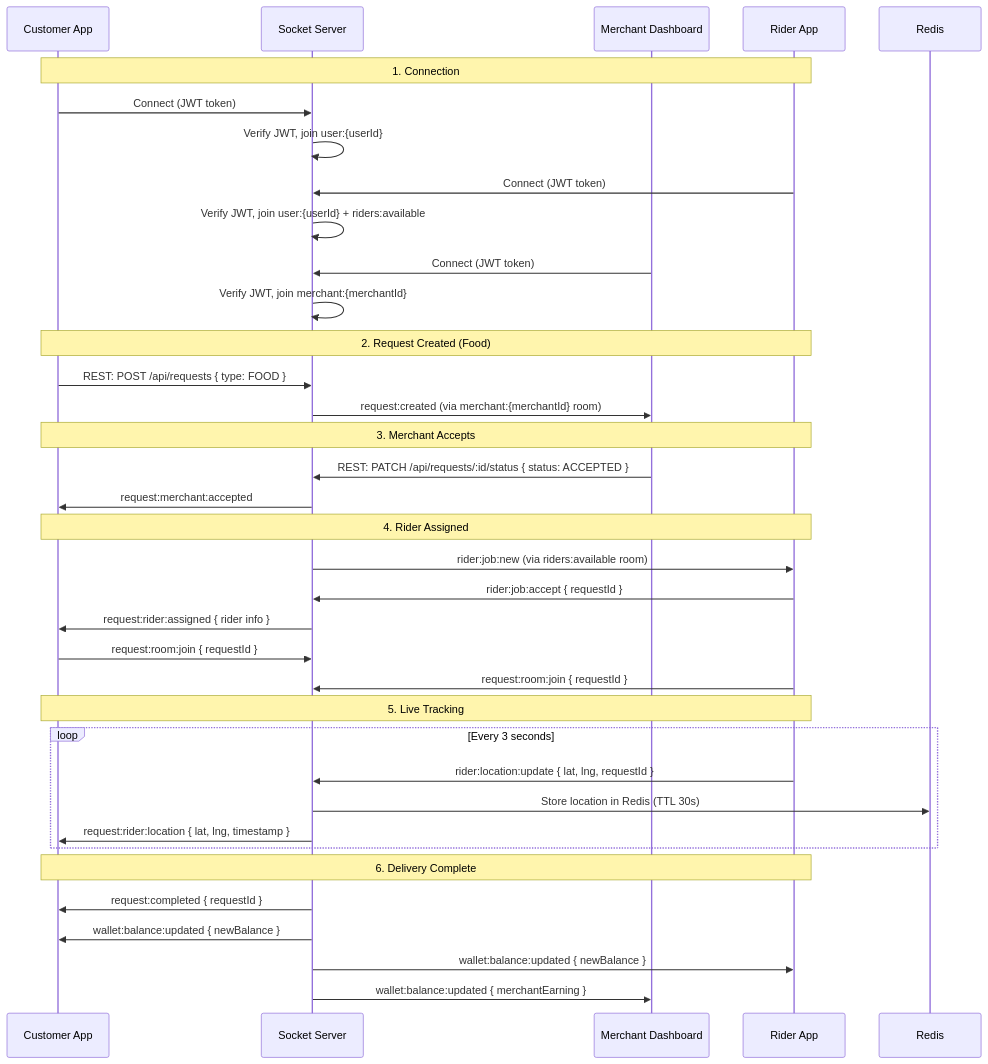
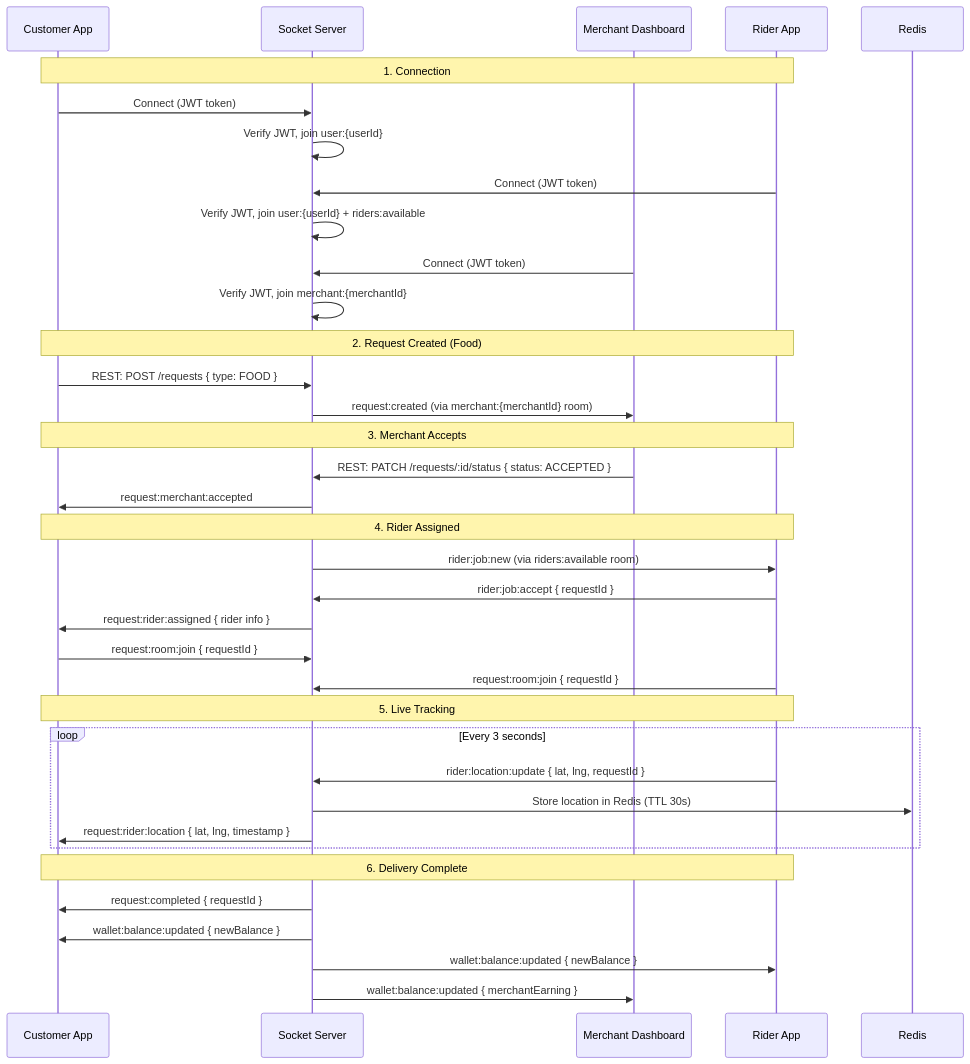
The fourth of 5 diagrams in docs/ARCHITECTURE.md (bishirtijjani/logistics), drawn with Mermaid before and after one commit. The commit also changed other lines of this file and 100 other files, not shown here.

````diff
--- a/docs/ARCHITECTURE.md
+++ b/docs/ARCHITECTURE.md
@@ -141,44 +141,44 @@
 ```mermaid
 sequenceDiagram
     participant C as Customer App
     participant S as Socket Server
     participant M as Merchant Dashboard
     participant R as Rider App
     participant RD as Redis
 
     Note over C,R: 1. Connection
     C->>S: Connect (JWT token)
     S->>S: Verify JWT, join user:{userId}
     R->>S: Connect (JWT token)
     S->>S: Verify JWT, join user:{userId} + riders:available
     M->>S: Connect (JWT token)
     S->>S: Verify JWT, join merchant:{merchantId}
 
     Note over C,R: 2. Request Created (Food)
-    C->>S: REST: POST /api/requests { type: FOOD }
+    C->>S: REST: POST /requests { type: FOOD }
     S->>M: request:created (via merchant:{merchantId} room)
 
     Note over C,R: 3. Merchant Accepts
-    M->>S: REST: PATCH /api/requests/:id/status { status: ACCEPTED }
+    M->>S: REST: PATCH /requests/:id/status { status: ACCEPTED }
     S->>C: request:merchant:accepted
 
     Note over C,R: 4. Rider Assigned
     S->>R: rider:job:new (via riders:available room)
     R->>S: rider:job:accept { requestId }
     S->>C: request:rider:assigned { rider info }
     C->>S: request:room:join { requestId }
     R->>S: request:room:join { requestId }
 
     Note over C,R: 5. Live Tracking
     loop Every 3 seconds
         R->>S: rider:location:update { lat, lng, requestId }
         S->>RD: Store location in Redis (TTL 30s)
         S->>C: request:rider:location { lat, lng, timestamp }
     end
 
     Note over C,R: 6. Delivery Complete
     S->>C: request:completed { requestId }
     S->>C: wallet:balance:updated { newBalance }
     S->>R: wallet:balance:updated { newBalance }
     S->>M: wallet:balance:updated { merchantEarning }
 ```
````
